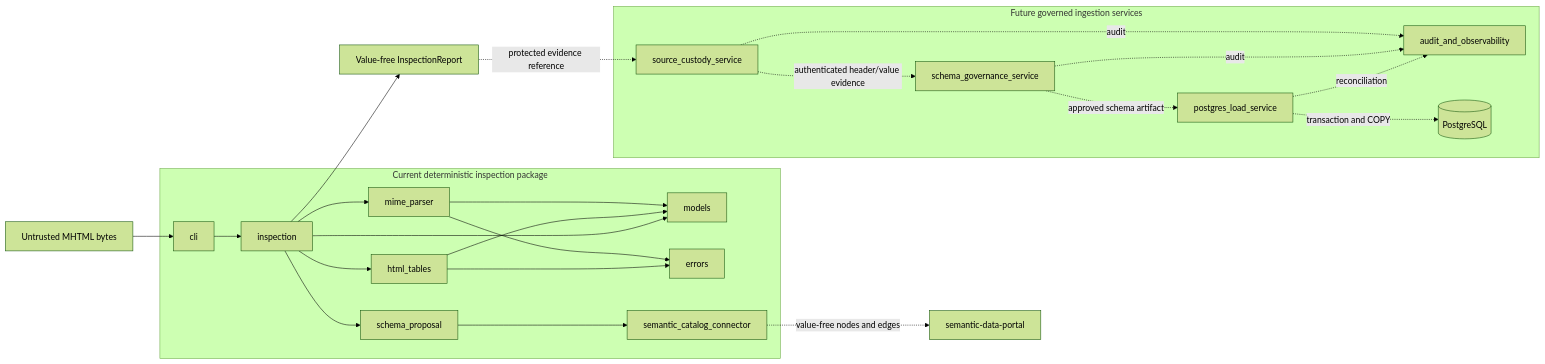
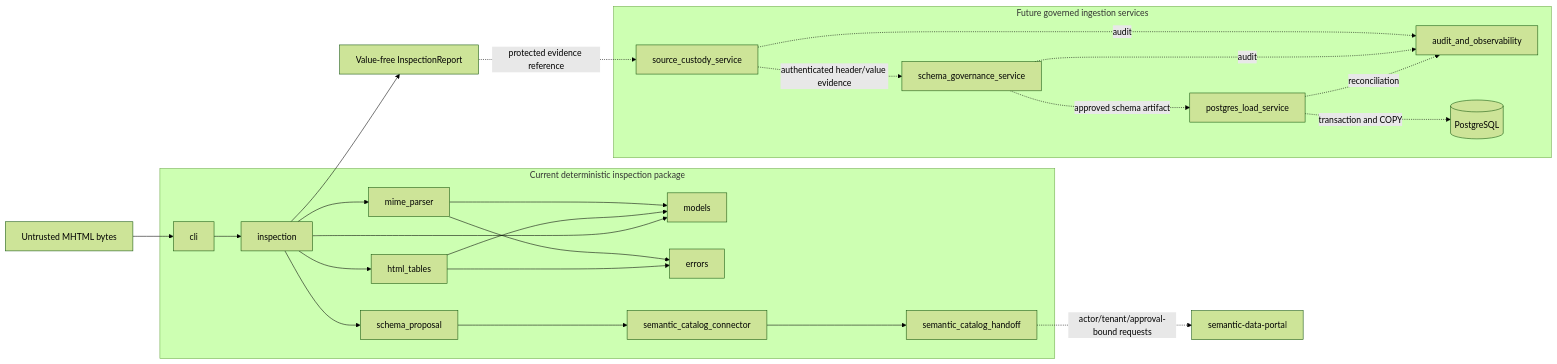
The first of 6 diagrams in docs/UML.md (ContextualWisdomLab/mhtml-etl-gateway), drawn with Mermaid (forest theme) before and after one commit. The commit also changed 25 other files, not shown here.

Commit message:
feat: add governed semantic catalog handoff

````diff
--- a/docs/UML.md
+++ b/docs/UML.md
@@ -11,43 +11,45 @@
 ```mermaid
 flowchart LR
     subgraph current[Current deterministic inspection package]
         CLI[cli]
         MOD[models]
         ERR[errors]
         MIME[mime_parser]
         HTML[html_tables]
         INS[inspection]
         CLI --> INS
         INS --> MIME
         INS --> HTML
         MIME --> MOD
         HTML --> MOD
         MIME --> ERR
         HTML --> ERR
     INS --> MOD
         PROPOSAL[schema_proposal]
-        CATALOG[semantic_catalog_connector]
+    CATALOG[semantic_catalog_connector]
+    HANDOFF[semantic_catalog_handoff]
         INS --> PROPOSAL
-        PROPOSAL --> CATALOG
+    PROPOSAL --> CATALOG
+    CATALOG --> HANDOFF
     end
 
     SRC[Untrusted MHTML bytes] --> CLI
     INS --> REPORT[Value-free InspectionReport]
 
     subgraph future[Future governed ingestion services]
         CUST[source_custody_service]
         SCHEMA[schema_governance_service]
         LOAD[postgres_load_service]
         AUDIT[audit_and_observability]
         STORE[(PostgreSQL)]
     end
 
     REPORT -. protected evidence reference .-> CUST
-    CATALOG -. value-free nodes and edges .-> PORTAL[semantic-data-portal]
+    HANDOFF -. actor/tenant/approval-bound requests .-> PORTAL[semantic-data-portal]
     CUST -. authenticated header/value evidence .-> SCHEMA
     SCHEMA -. approved schema artifact .-> LOAD
     LOAD -. transaction and COPY .-> STORE
     CUST -. audit .-> AUDIT
     SCHEMA -. audit .-> AUDIT
     LOAD -. reconciliation .-> AUDIT
 ```
````
